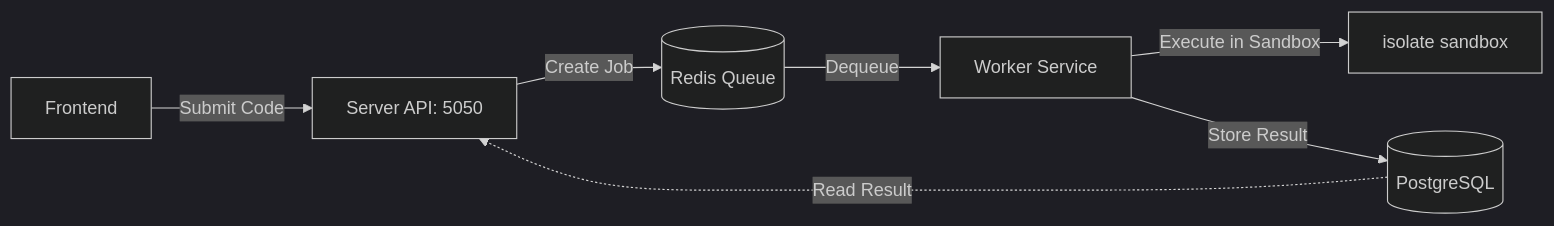
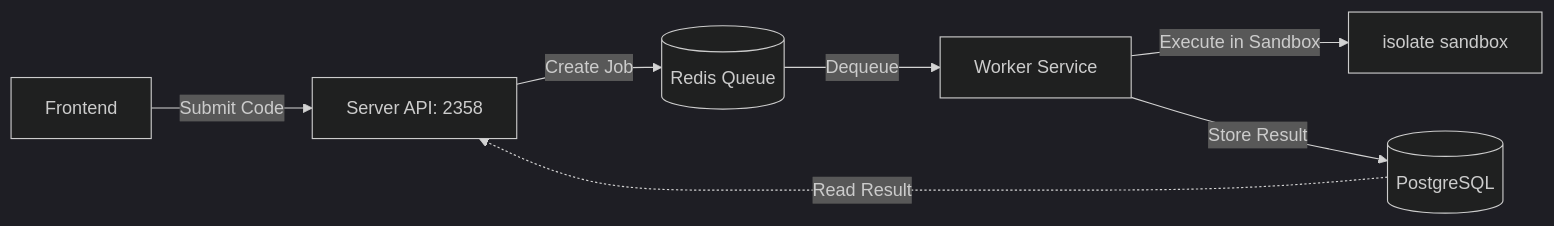
One commit to Thanawatx01/codeArea-backOffice changed the diagram in src/utils/executor/judge0/README.md. Above: the diagram before and after it, drawn with Mermaid (dark theme). The commit also changed other lines of this file and 9 other files, not shown here.

````diff
--- a/src/utils/executor/judge0/README.md
+++ b/src/utils/executor/judge0/README.md
@@ -48,9 +48,9 @@
 ```mermaid
 graph LR
-    User[Frontend] -->|Submit Code| Server[Server API: 5050]
+    User[Frontend] -->|Submit Code| Server[Server API: 2358]
     Server -->|Create Job| Redis[(Redis Queue)]
     Redis -->|Dequeue| Worker[Worker Service]
     Worker -->|Execute in Sandbox| Isolate[isolate sandbox]
     Worker -->|Store Result| DB[(PostgreSQL)]
     DB -.->|Read Result| Server
 ```
````
